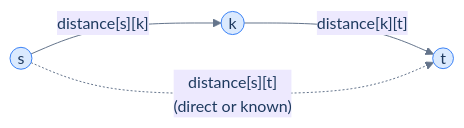
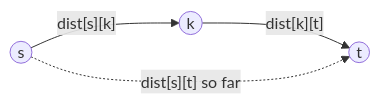
The diagram in content/cortex/data-structures-and-algorithms/04-graphs/09-all-pairs-shortest-path.md (ani2fun/codefolio), drawn with Mermaid before and after one commit. The commit also changed other lines of this file and 1049 other files, not shown here.

````diff
--- a/content/cortex/data-structures-and-algorithms/04-graphs/09-all-pairs-shortest-path.md
+++ b/content/cortex/data-structures-and-algorithms/04-graphs/09-all-pairs-shortest-path.md
@@ -123,17 +51,6 @@
 ```mermaid
----
-config:
-  theme: base
-  themeVariables:
-    primaryColor: "#dbeafe"
-    primaryBorderColor: "#3b82f6"
-    primaryTextColor: "#1e3a5f"
-    lineColor: "#64748b"
-    secondaryColor: "#ede9fe"
-    tertiaryColor: "#fef9c3"
----
 flowchart LR
-    S((s)) -->|"distance[s][k]"| K((k))
-    K -->|"distance[k][t]"| T((t))
-    S -.->|"distance[s][t]<br/>(direct or known)"| T
+    S((s)) -->|"dist[s][k]"| K((k))
+    K -->|"dist[k][t]"| T((t))
+    S -.->|"dist[s][t] so far"| T
 ```
````
